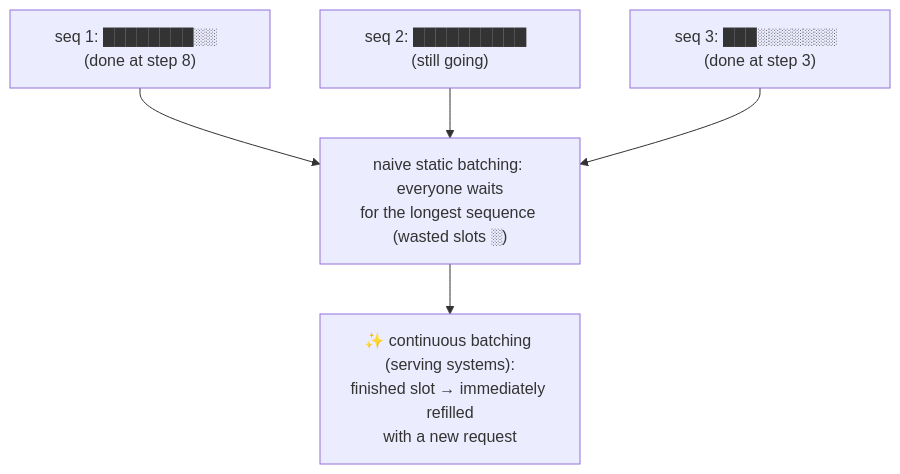
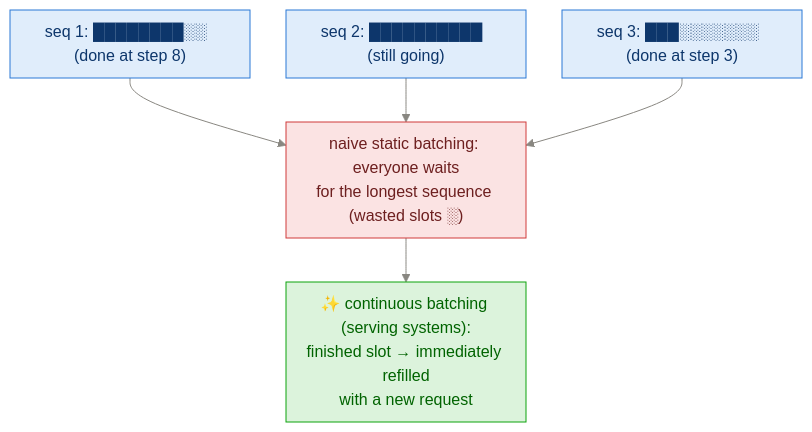
Before and after one commit to sudhanshu-shivam-dev/reasoning_model_from_scratch: the fourth of 4 diagrams in study_guide/appendix_kv_cache_batching.md, drawn with Mermaid. The commit also changed other lines of this file and 14 other files, not shown here.

First line of the commit message:
Restyle all 54 diagrams: consistent palette, semantic colors, better spacing

````diff
--- a/study_guide/appendix_kv_cache_batching.md
+++ b/study_guide/appendix_kv_cache_batching.md
@@ -119,8 +128,13 @@
 ```mermaid
+%%{init: {"theme":"base","themeVariables":{"primaryColor":"#e0edfb","primaryTextColor":"#0d366b","primaryBorderColor":"#2a78d6","lineColor":"#898781","textColor":"#52514e","edgeLabelBackground":"#f0efec","clusterBkg":"rgba(137,135,129,0.07)","clusterBorder":"#a9a7a0","titleColor":"#898781"},"flowchart":{"nodeSpacing":36,"rankSpacing":44,"curve":"basis","padding":10}}}%%
 flowchart TB
     A["seq 1: ████████░░  (done at step 8)"]
     B["seq 2: ██████████  (still going)"]
     C["seq 3: ███░░░░░░░  (done at step 3)"]
     A & B & C --> W["naive static batching: everyone waits<br/>for the longest sequence (wasted slots ░)"]
     W --> CB["✨ continuous batching (serving systems):<br/>finished slot → immediately refilled<br/>with a new request"]
+    classDef bad fill:#fbe3e3,stroke:#d03b3b,color:#6d1f1f
+    classDef good fill:#dcf3dc,stroke:#0ca30c,color:#006300
+    class W bad
+    class CB good
 ```
````
